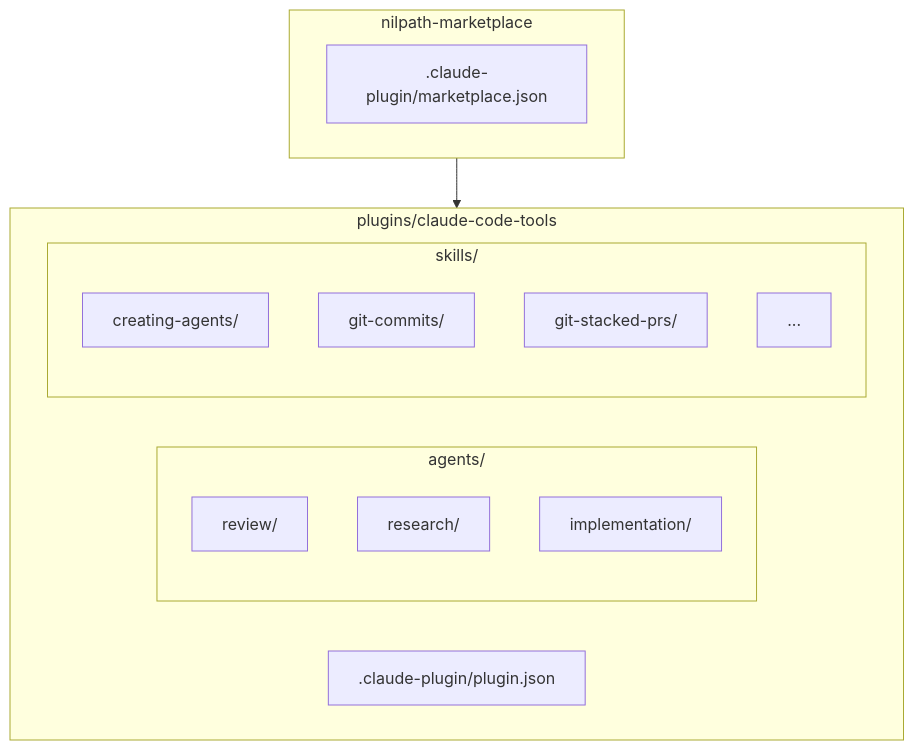
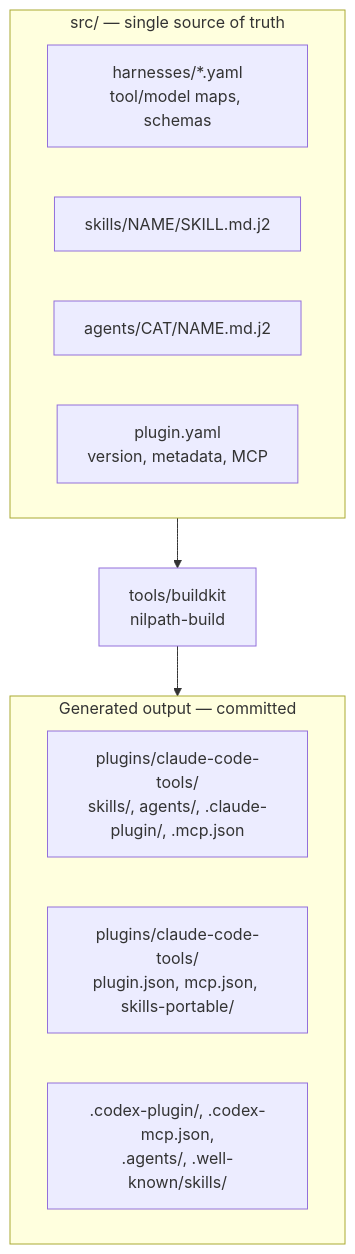
Before and after one commit to nilpath/nilpath-marketplace: the diagram in CLAUDE.md, drawn with Mermaid. The commit also changed other lines of this file and 252 other files, not shown here.

First line of the commit message:
feat: tri-client distribution via templated single source + buildkit (v0.8.0)

````diff
--- a/CLAUDE.md
+++ b/CLAUDE.md
@@ -7,26 +16,19 @@
 ```mermaid
 flowchart TD
-    subgraph MARKETPLACE[nilpath-marketplace]
-        MP_JSON[.claude-plugin/marketplace.json]
+    subgraph SRC[src/ — single source of truth]
+        HARNESS[harnesses/*.yaml<br/>tool/model maps, schemas]
+        SKILLS[skills/NAME/SKILL.md.j2]
+        AGENTS[agents/CAT/NAME.md.j2]
+        META[plugin.yaml<br/>version, metadata, MCP]
     end
 
-    subgraph PLUGIN[plugins/claude-code-tools]
-        PL_JSON[.claude-plugin/plugin.json]
+    BUILD[tools/buildkit<br/>nilpath-build]
 
-        subgraph AGENTS[agents/]
-            A_REV[review/]
-            A_RES[research/]
-            A_IMP[implementation/]
-        end
-
-        subgraph SKILLS[skills/]
-            S1[creating-agents/]
-            S2[git-commits/]
-            S3[git-stacked-prs/]
-            S4[...]
-        end
-
+    subgraph OUT[Generated output — committed]
+        CLAUDE[plugins/claude-code-tools/<br/>skills/, agents/, .claude-plugin/, .mcp.json]
+        COPILOT[plugins/claude-code-tools/<br/>plugin.json, mcp.json, skills-portable/]
+        CODEX[.codex-plugin/, .codex-mcp.json,<br/>.agents/, .well-known/skills/]
     end
 
-    MARKETPLACE --> PLUGIN
+    SRC --> BUILD --> OUT
 ```
````
